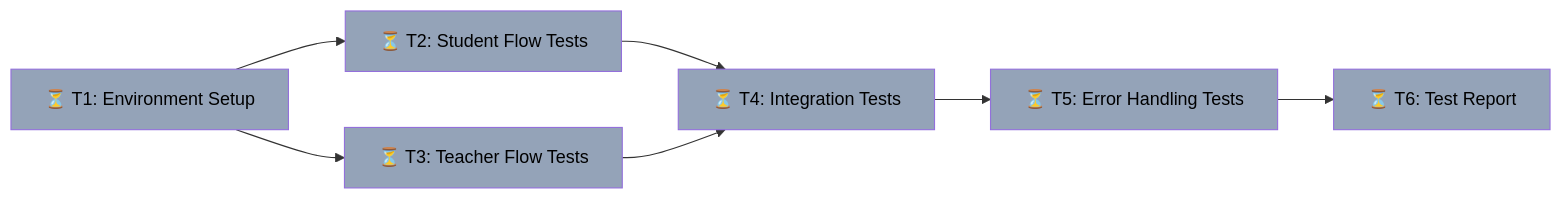
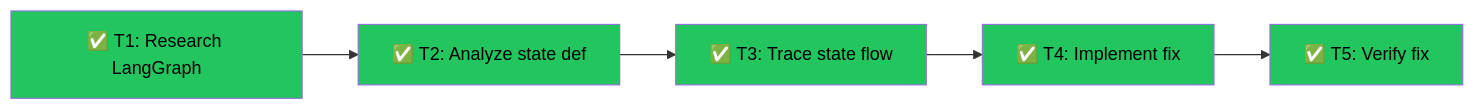
Before and after one commit to blueif16/copilot-scaffold: the diagram in .tasks/main.md, drawn with Mermaid. The commit also changed other lines of this file and 1 other file, not shown here.

````diff
--- a/.tasks/main.md
+++ b/.tasks/main.md
@@ -6,15 +7,12 @@
 ```mermaid
 graph LR
-    T1["⏳ T1: Environment Setup"] --> T2["⏳ T2: Student Flow Tests"]
-    T1 --> T3["⏳ T3: Teacher Flow Tests"]
-    T2 --> T4["⏳ T4: Integration Tests"]
-    T3 --> T4
-    T4 --> T5["⏳ T5: Error Handling Tests"]
-    T5 --> T6["⏳ T6: Test Report"]
-    style T1 fill:#94a3b8,color:#000
-    style T2 fill:#94a3b8,color:#000
-    style T3 fill:#94a3b8,color:#000
-    style T4 fill:#94a3b8,color:#000
-    style T5 fill:#94a3b8,color:#000
-    style T6 fill:#94a3b8,color:#000
+    T1["✅ T1: Research LangGraph"] --> T2["✅ T2: Analyze state def"]
+    T2 --> T3["✅ T3: Trace state flow"]
+    T3 --> T4["✅ T4: Implement fix"]
+    T4 --> T5["✅ T5: Verify fix"]
+    style T1 fill:#22c55e,color:#000
+    style T2 fill:#22c55e,color:#000
+    style T3 fill:#22c55e,color:#000
+    style T4 fill:#22c55e,color:#000
+    style T5 fill:#22c55e,color:#000
 ```
````
